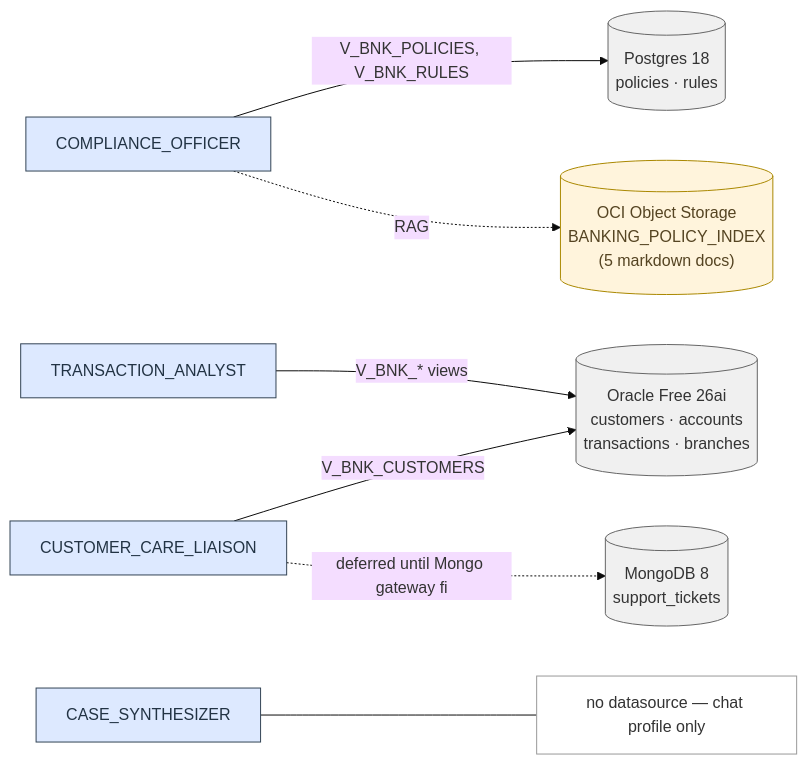
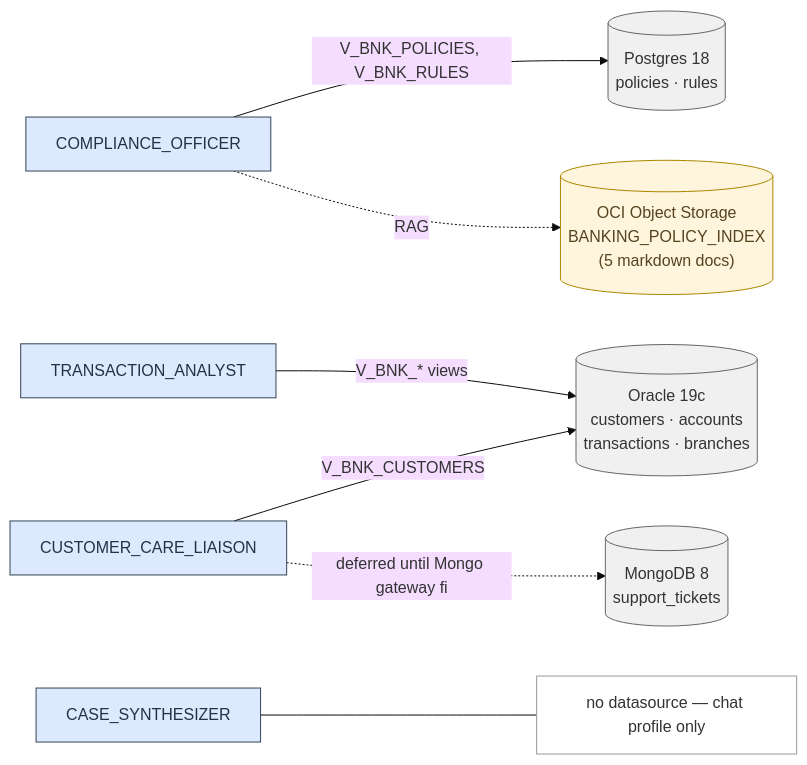
The third of 4 diagrams in README.md (vmleon/oracle-adb-sidecar-architecture), drawn with Mermaid (base theme) before and after one commit. The commit also changed other lines of this file and 2 other files, not shown here.

Commit message:
docs: rework TODO into ordered ROADMAP, relabel sim prod as 19c

````diff
--- a/README.md
+++ b/README.md
@@ -121,24 +121,24 @@
 ```mermaid
 flowchart LR
     classDef def fill:#fff,stroke:#999,color:#333
     classDef agent fill:#dde9ff,stroke:#345,color:#234
     classDef store fill:#f0f0f0,stroke:#666,color:#333
     classDef rag   fill:#fff4dc,stroke:#a80,color:#542
 
     T[TRANSACTION_ANALYST]:::agent
     C[COMPLIANCE_OFFICER]:::agent
     L[CUSTOMER_CARE_LIAISON]:::agent
     S[CASE_SYNTHESIZER]:::agent
 
-    O[("Oracle Free 26ai<br/>customers · accounts<br/>transactions · branches")]:::store
+    O[("Oracle 19c<br/>customers · accounts<br/>transactions · branches")]:::store
     P[("Postgres 18<br/>policies · rules")]:::store
     M[("MongoDB 8<br/>support_tickets")]:::store
     R[("OCI Object Storage<br/>BANKING_POLICY_INDEX<br/>(5 markdown docs)")]:::rag
 
     T -->|V_BNK_* views| O
     C -->|V_BNK_POLICIES, V_BNK_RULES| P
     C -.RAG.-> R
     L -->|V_BNK_CUSTOMERS| O
     L -.deferred until Mongo gateway fix.-> M
     S --- nope[no datasource — chat profile only]:::def
 ```
````
